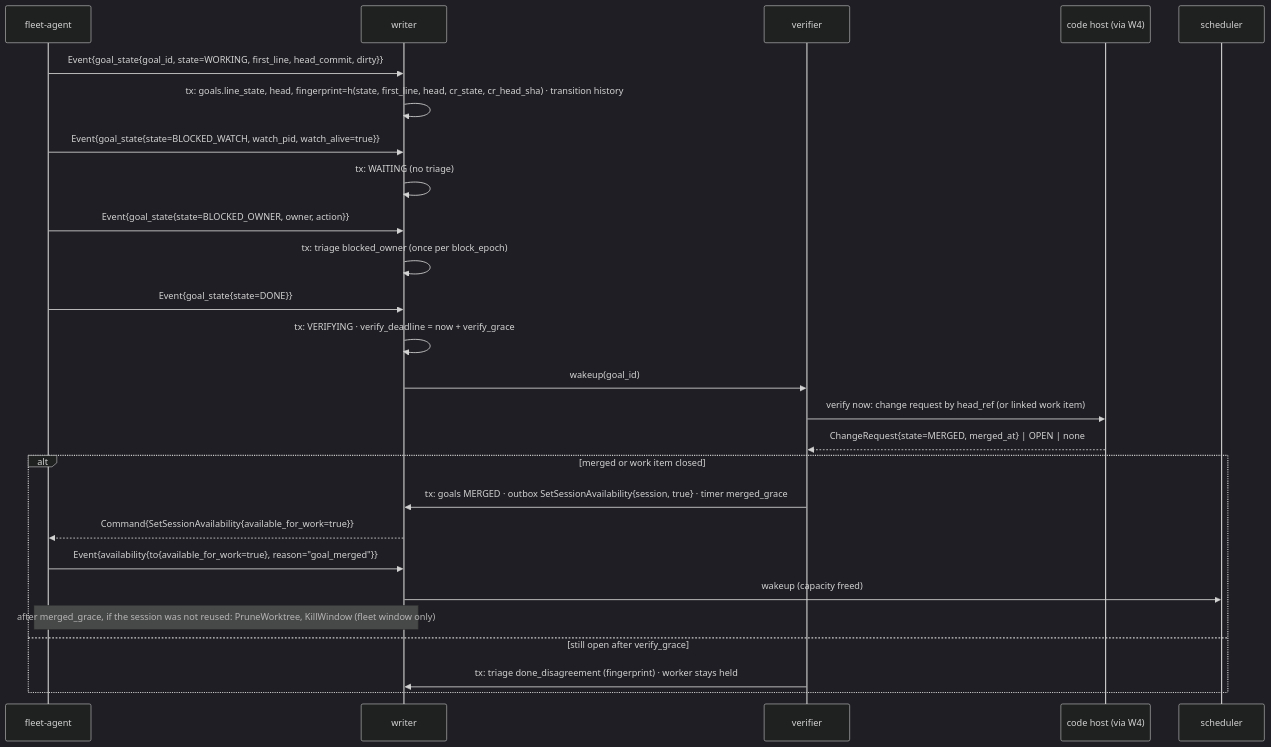
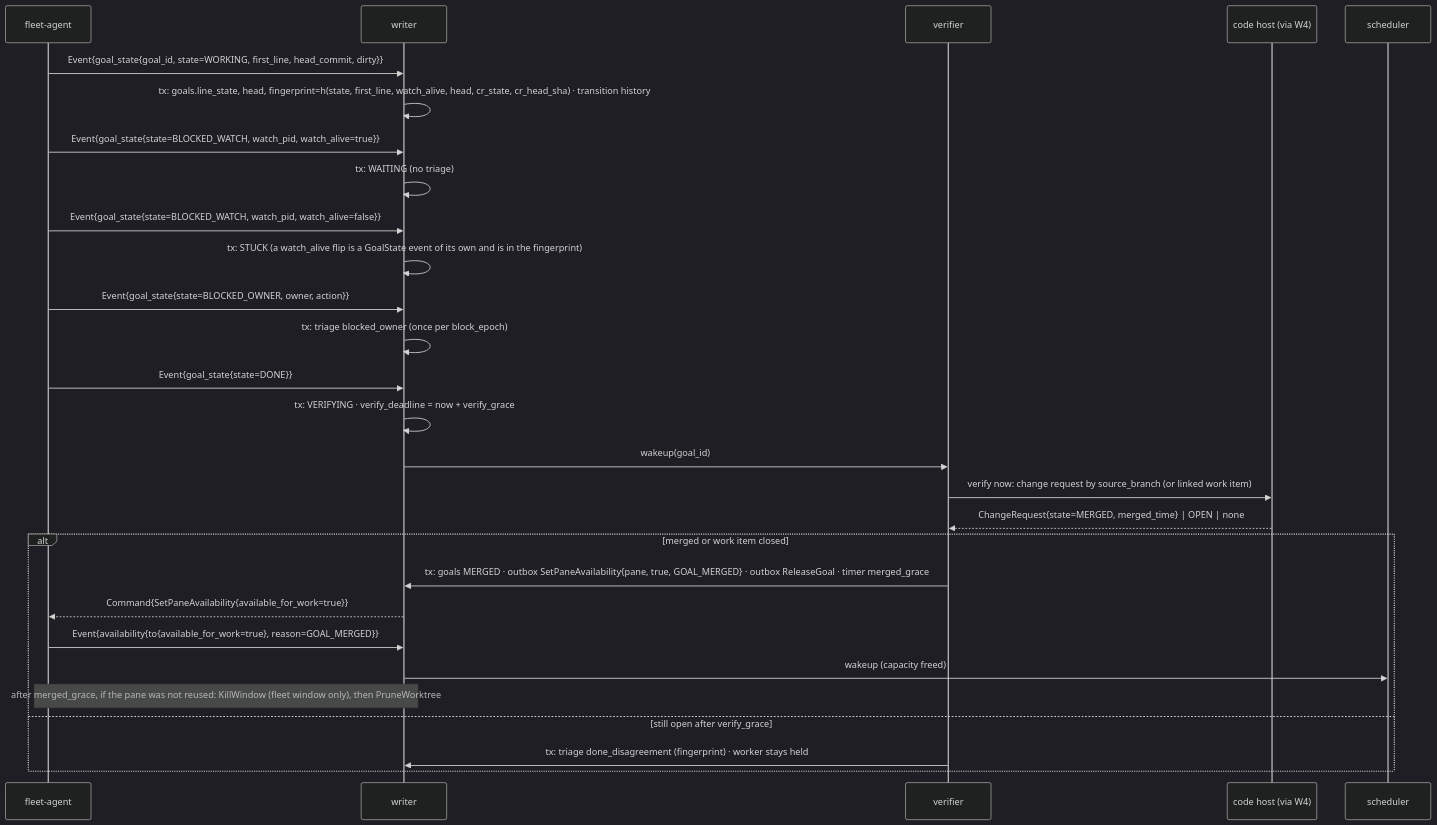
Before and after one commit to linuxdynasty/fleet-board: the third of 4 diagrams in docs/specs/03c-goals.md, drawn with Mermaid (dark theme). The commit also changed other lines of this file and 100 other files, not shown here.

First line of the commit message:
feat(api): contract review fixes, ADR 0019 and flow diagrams (#22)

````diff
--- a/docs/specs/03c-goals.md
+++ b/docs/specs/03c-goals.md
@@ -210,28 +246,30 @@
 ```mermaid
 sequenceDiagram
   participant A as fleet-agent
   participant W as writer
   participant V as verifier
   participant C as code host (via W4)
   participant S as scheduler
   A->>W: Event{goal_state{goal_id, state=WORKING, first_line, head_commit, dirty}}
-  W->>W: tx: goals.line_state, head, fingerprint=h(state, first_line, head, cr_state, cr_head_sha) · transition history
+  W->>W: tx: goals.line_state, head, fingerprint=h(state, first_line, watch_alive, head, cr_state, cr_head_sha) · transition history
   A->>W: Event{goal_state{state=BLOCKED_WATCH, watch_pid, watch_alive=true}}
   W->>W: tx: WAITING (no triage)
+  A->>W: Event{goal_state{state=BLOCKED_WATCH, watch_pid, watch_alive=false}}
+  W->>W: tx: STUCK (a watch_alive flip is a GoalState event of its own and is in the fingerprint)
   A->>W: Event{goal_state{state=BLOCKED_OWNER, owner, action}}
   W->>W: tx: triage blocked_owner (once per block_epoch)
   A->>W: Event{goal_state{state=DONE}}
   W->>W: tx: VERIFYING · verify_deadline = now + verify_grace
   W->>V: wakeup(goal_id)
-  V->>C: verify now: change request by head_ref (or linked work item)
-  C-->>V: ChangeRequest{state=MERGED, merged_at} | OPEN | none
+  V->>C: verify now: change request by source_branch (or linked work item)
+  C-->>V: ChangeRequest{state=MERGED, merged_time} | OPEN | none
   alt merged or work item closed
-    V->>W: tx: goals MERGED · outbox SetSessionAvailability{session, true} · timer merged_grace
-    W-->>A: Command{SetSessionAvailability{available_for_work=true}}
-    A->>W: Event{availability{to{available_for_work=true}, reason="goal_merged"}}
+    V->>W: tx: goals MERGED · outbox SetPaneAvailability{pane, true, GOAL_MERGED} · outbox ReleaseGoal · timer merged_grace
+    W-->>A: Command{SetPaneAvailability{available_for_work=true}}
+    A->>W: Event{availability{to{available_for_work=true}, reason=GOAL_MERGED}}
     W->>S: wakeup (capacity freed)
-    Note over W,A: after merged_grace, if the session was not reused: PruneWorktree, KillWindow (fleet window only)
+    Note over W,A: after merged_grace, if the pane was not reused: KillWindow (fleet window only), then PruneWorktree
   else still open after verify_grace
     V->>W: tx: triage done_disagreement (fingerprint) · worker stays held
   end
 ```
````
